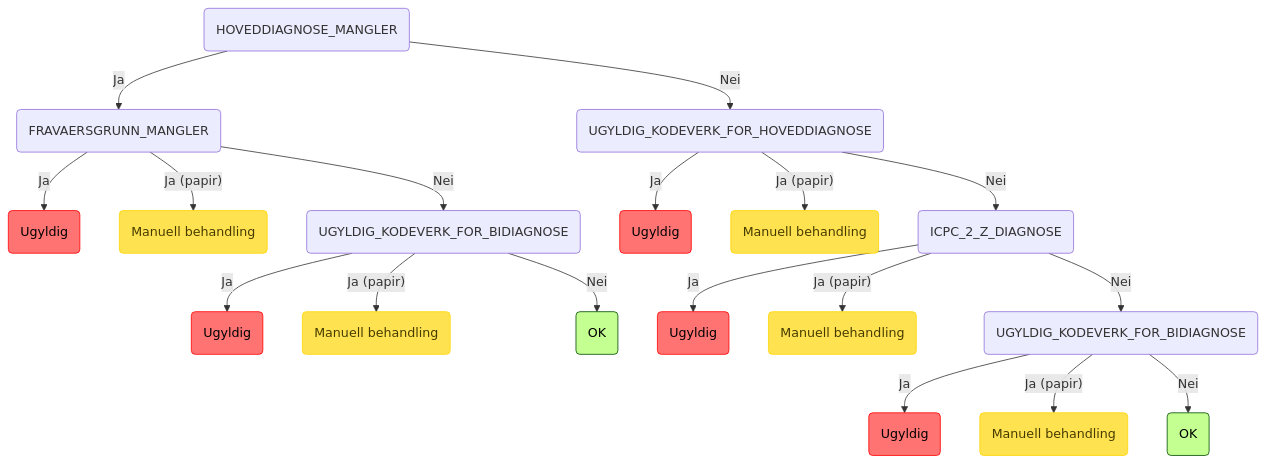
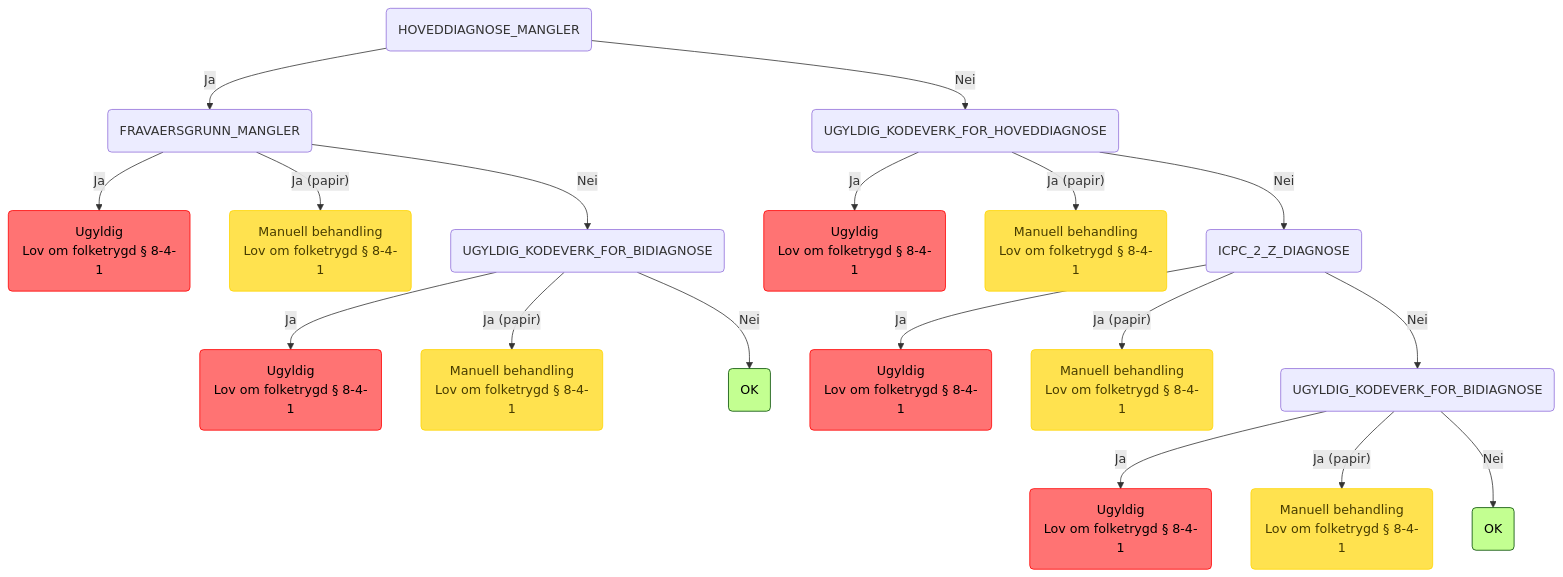
Before and after one commit to navikt/regulus-regula: the fifth of 8 diagrams in README.md, drawn with Mermaid. The commit also changed other lines of this file and 1 other file, not shown here.

Commit message:
chore: update mermaid generation to use node based juridisk henvisning

````diff
--- a/README.md
+++ b/README.md
@@ -138,23 +146,33 @@
 ```mermaid
 graph TD
     root(HOVEDDIAGNOSE_MANGLER) -->|Ja| root_HOVEDDIAGNOSE_MANGLER_FRAVAERSGRUNN_MANGLER(FRAVAERSGRUNN_MANGLER)
-    root_HOVEDDIAGNOSE_MANGLER_FRAVAERSGRUNN_MANGLER(FRAVAERSGRUNN_MANGLER) -->|Ja| root_HOVEDDIAGNOSE_MANGLER_FRAVAERSGRUNN_MANGLER_INVALID(Ugyldig):::invalid
-    root_HOVEDDIAGNOSE_MANGLER_FRAVAERSGRUNN_MANGLER(FRAVAERSGRUNN_MANGLER) -->|"Ja (papir)"| root_HOVEDDIAGNOSE_MANGLER_FRAVAERSGRUNN_MANGLER_INVALID_papir(Manuell behandling):::manuell
+    root_HOVEDDIAGNOSE_MANGLER_FRAVAERSGRUNN_MANGLER(FRAVAERSGRUNN_MANGLER) -->|Ja| root_HOVEDDIAGNOSE_MANGLER_FRAVAERSGRUNN_MANGLER_INVALID(Ugyldig
+Lov om folketrygd § 8-4-1):::invalid
+    root_HOVEDDIAGNOSE_MANGLER_FRAVAERSGRUNN_MANGLER(FRAVAERSGRUNN_MANGLER) -->|"Ja (papir)"| root_HOVEDDIAGNOSE_MANGLER_FRAVAERSGRUNN_MANGLER_INVALID_papir(Manuell behandling
+Lov om folketrygd § 8-4-1):::manuell
     root_HOVEDDIAGNOSE_MANGLER_FRAVAERSGRUNN_MANGLER(FRAVAERSGRUNN_MANGLER) -->|Nei| root_HOVEDDIAGNOSE_MANGLER_FRAVAERSGRUNN_MANGLER_UGYLDIG_KODEVERK_FOR_BIDIAGNOSE(UGYLDIG_KODEVERK_FOR_BIDIAGNOSE)
-    root_HOVEDDIAGNOSE_MANGLER_FRAVAERSGRUNN_MANGLER_UGYLDIG_KODEVERK_FOR_BIDIAGNOSE(UGYLDIG_KODEVERK_FOR_BIDIAGNOSE) -->|Ja| root_HOVEDDIAGNOSE_MANGLER_FRAVAERSGRUNN_MANGLER_UGYLDIG_KODEVERK_FOR_BIDIAGNOSE_INVALID(Ugyldig):::invalid
-    root_HOVEDDIAGNOSE_MANGLER_FRAVAERSGRUNN_MANGLER_UGYLDIG_KODEVERK_FOR_BIDIAGNOSE(UGYLDIG_KODEVERK_FOR_BIDIAGNOSE) -->|"Ja (papir)"| root_HOVEDDIAGNOSE_MANGLER_FRAVAERSGRUNN_MANGLER_UGYLDIG_KODEVERK_FOR_BIDIAGNOSE_INVALID_papir(Manuell behandling):::manuell
+    root_HOVEDDIAGNOSE_MANGLER_FRAVAERSGRUNN_MANGLER_UGYLDIG_KODEVERK_FOR_BIDIAGNOSE(UGYLDIG_KODEVERK_FOR_BIDIAGNOSE) -->|Ja| root_HOVEDDIAGNOSE_MANGLER_FRAVAERSGRUNN_MANGLER_UGYLDIG_KODEVERK_FOR_BIDIAGNOSE_INVALID(Ugyldig
+Lov om folketrygd § 8-4-1):::invalid
+    root_HOVEDDIAGNOSE_MANGLER_FRAVAERSGRUNN_MANGLER_UGYLDIG_KODEVERK_FOR_BIDIAGNOSE(UGYLDIG_KODEVERK_FOR_BIDIAGNOSE) -->|"Ja (papir)"| root_HOVEDDIAGNOSE_MANGLER_FRAVAERSGRUNN_MANGLER_UGYLDIG_KODEVERK_FOR_BIDIAGNOSE_INVALID_papir(Manuell behandling
+Lov om folketrygd § 8-4-1):::manuell
     root_HOVEDDIAGNOSE_MANGLER_FRAVAERSGRUNN_MANGLER_UGYLDIG_KODEVERK_FOR_BIDIAGNOSE(UGYLDIG_KODEVERK_FOR_BIDIAGNOSE) -->|Nei| root_HOVEDDIAGNOSE_MANGLER_FRAVAERSGRUNN_MANGLER_UGYLDIG_KODEVERK_FOR_BIDIAGNOSE_OK(OK):::ok
     root(HOVEDDIAGNOSE_MANGLER) -->|Nei| root_HOVEDDIAGNOSE_MANGLER_UGYLDIG_KODEVERK_FOR_HOVEDDIAGNOSE(UGYLDIG_KODEVERK_FOR_HOVEDDIAGNOSE)
-    root_HOVEDDIAGNOSE_MANGLER_UGYLDIG_KODEVERK_FOR_HOVEDDIAGNOSE(UGYLDIG_KODEVERK_FOR_HOVEDDIAGNOSE) -->|Ja| root_HOVEDDIAGNOSE_MANGLER_UGYLDIG_KODEVERK_FOR_HOVEDDIAGNOSE_INVALID(Ugyldig):::invalid
-    root_HOVEDDIAGNOSE_MANGLER_UGYLDIG_KODEVERK_FOR_HOVEDDIAGNOSE(UGYLDIG_KODEVERK_FOR_HOVEDDIAGNOSE) -->|"Ja (papir)"| root_HOVEDDIAGNOSE_MANGLER_UGYLDIG_KODEVERK_FOR_HOVEDDIAGNOSE_INVALID_papir(Manuell behandling):::manuell
+    root_HOVEDDIAGNOSE_MANGLER_UGYLDIG_KODEVERK_FOR_HOVEDDIAGNOSE(UGYLDIG_KODEVERK_FOR_HOVEDDIAGNOSE) -->|Ja| root_HOVEDDIAGNOSE_MANGLER_UGYLDIG_KODEVERK_FOR_HOVEDDIAGNOSE_INVALID(Ugyldig
+Lov om folketrygd § 8-4-1):::invalid
+    root_HOVEDDIAGNOSE_MANGLER_UGYLDIG_KODEVERK_FOR_HOVEDDIAGNOSE(UGYLDIG_KODEVERK_FOR_HOVEDDIAGNOSE) -->|"Ja (papir)"| root_HOVEDDIAGNOSE_MANGLER_UGYLDIG_KODEVERK_FOR_HOVEDDIAGNOSE_INVALID_papir(Manuell behandling
+Lov om folketrygd § 8-4-1):::manuell
     root_HOVEDDIAGNOSE_MANGLER_UGYLDIG_KODEVERK_FOR_HOVEDDIAGNOSE(UGYLDIG_KODEVERK_FOR_HOVEDDIAGNOSE) -->|Nei| root_HOVEDDIAGNOSE_MANGLER_UGYLDIG_KODEVERK_FOR_HOVEDDIAGNOSE_ICPC_2_Z_DIAGNOSE(ICPC_2_Z_DIAGNOSE)
-    root_HOVEDDIAGNOSE_MANGLER_UGYLDIG_KODEVERK_FOR_HOVEDDIAGNOSE_ICPC_2_Z_DIAGNOSE(ICPC_2_Z_DIAGNOSE) -->|Ja| root_HOVEDDIAGNOSE_MANGLER_UGYLDIG_KODEVERK_FOR_HOVEDDIAGNOSE_ICPC_2_Z_DIAGNOSE_INVALID(Ugyldig):::invalid
-    root_HOVEDDIAGNOSE_MANGLER_UGYLDIG_KODEVERK_FOR_HOVEDDIAGNOSE_ICPC_2_Z_DIAGNOSE(ICPC_2_Z_DIAGNOSE) -->|"Ja (papir)"| root_HOVEDDIAGNOSE_MANGLER_UGYLDIG_KODEVERK_FOR_HOVEDDIAGNOSE_ICPC_2_Z_DIAGNOSE_INVALID_papir(Manuell behandling):::manuell
+    root_HOVEDDIAGNOSE_MANGLER_UGYLDIG_KODEVERK_FOR_HOVEDDIAGNOSE_ICPC_2_Z_DIAGNOSE(ICPC_2_Z_DIAGNOSE) -->|Ja| root_HOVEDDIAGNOSE_MANGLER_UGYLDIG_KODEVERK_FOR_HOVEDDIAGNOSE_ICPC_2_Z_DIAGNOSE_INVALID(Ugyldig
+Lov om folketrygd § 8-4-1):::invalid
+    root_HOVEDDIAGNOSE_MANGLER_UGYLDIG_KODEVERK_FOR_HOVEDDIAGNOSE_ICPC_2_Z_DIAGNOSE(ICPC_2_Z_DIAGNOSE) -->|"Ja (papir)"| root_HOVEDDIAGNOSE_MANGLER_UGYLDIG_KODEVERK_FOR_HOVEDDIAGNOSE_ICPC_2_Z_DIAGNOSE_INVALID_papir(Manuell behandling
+Lov om folketrygd § 8-4-1):::manuell
     root_HOVEDDIAGNOSE_MANGLER_UGYLDIG_KODEVERK_FOR_HOVEDDIAGNOSE_ICPC_2_Z_DIAGNOSE(ICPC_2_Z_DIAGNOSE) -->|Nei| root_HOVEDDIAGNOSE_MANGLER_UGYLDIG_KODEVERK_FOR_HOVEDDIAGNOSE_ICPC_2_Z_DIAGNOSE_UGYLDIG_KODEVERK_FOR_BIDIAGNOSE(UGYLDIG_KODEVERK_FOR_BIDIAGNOSE)
-    root_HOVEDDIAGNOSE_MANGLER_UGYLDIG_KODEVERK_FOR_HOVEDDIAGNOSE_ICPC_2_Z_DIAGNOSE_UGYLDIG_KODEVERK_FOR_BIDIAGNOSE(UGYLDIG_KODEVERK_FOR_BIDIAGNOSE) -->|Ja| root_HOVEDDIAGNOSE_MANGLER_UGYLDIG_KODEVERK_FOR_HOVEDDIAGNOSE_ICPC_2_Z_DIAGNOSE_UGYLDIG_KODEVERK_FOR_BIDIAGNOSE_INVALID(Ugyldig):::invalid
-    root_HOVEDDIAGNOSE_MANGLER_UGYLDIG_KODEVERK_FOR_HOVEDDIAGNOSE_ICPC_2_Z_DIAGNOSE_UGYLDIG_KODEVERK_FOR_BIDIAGNOSE(UGYLDIG_KODEVERK_FOR_BIDIAGNOSE) -->|"Ja (papir)"| root_HOVEDDIAGNOSE_MANGLER_UGYLDIG_KODEVERK_FOR_HOVEDDIAGNOSE_ICPC_2_Z_DIAGNOSE_UGYLDIG_KODEVERK_FOR_BIDIAGNOSE_INVALID_papir(Manuell behandling):::manuell
+    root_HOVEDDIAGNOSE_MANGLER_UGYLDIG_KODEVERK_FOR_HOVEDDIAGNOSE_ICPC_2_Z_DIAGNOSE_UGYLDIG_KODEVERK_FOR_BIDIAGNOSE(UGYLDIG_KODEVERK_FOR_BIDIAGNOSE) -->|Ja| root_HOVEDDIAGNOSE_MANGLER_UGYLDIG_KODEVERK_FOR_HOVEDDIAGNOSE_ICPC_2_Z_DIAGNOSE_UGYLDIG_KODEVERK_FOR_BIDIAGNOSE_INVALID(Ugyldig
+Lov om folketrygd § 8-4-1):::invalid
+    root_HOVEDDIAGNOSE_MANGLER_UGYLDIG_KODEVERK_FOR_HOVEDDIAGNOSE_ICPC_2_Z_DIAGNOSE_UGYLDIG_KODEVERK_FOR_BIDIAGNOSE(UGYLDIG_KODEVERK_FOR_BIDIAGNOSE) -->|"Ja (papir)"| root_HOVEDDIAGNOSE_MANGLER_UGYLDIG_KODEVERK_FOR_HOVEDDIAGNOSE_ICPC_2_Z_DIAGNOSE_UGYLDIG_KODEVERK_FOR_BIDIAGNOSE_INVALID_papir(Manuell behandling
+Lov om folketrygd § 8-4-1):::manuell
     root_HOVEDDIAGNOSE_MANGLER_UGYLDIG_KODEVERK_FOR_HOVEDDIAGNOSE_ICPC_2_Z_DIAGNOSE_UGYLDIG_KODEVERK_FOR_BIDIAGNOSE(UGYLDIG_KODEVERK_FOR_BIDIAGNOSE) -->|Nei| root_HOVEDDIAGNOSE_MANGLER_UGYLDIG_KODEVERK_FOR_HOVEDDIAGNOSE_ICPC_2_Z_DIAGNOSE_UGYLDIG_KODEVERK_FOR_BIDIAGNOSE_OK(OK):::ok
     classDef ok fill:#c3ff91,stroke:#004a00,color: black;
     classDef invalid fill:#ff7373,stroke:#ff0000,color: black;
     classDef manuell fill:#ffe24f,stroke:#ffd500,color: #473c00;
 ```
````
